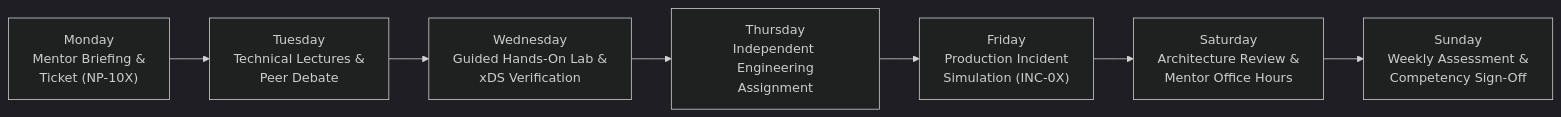
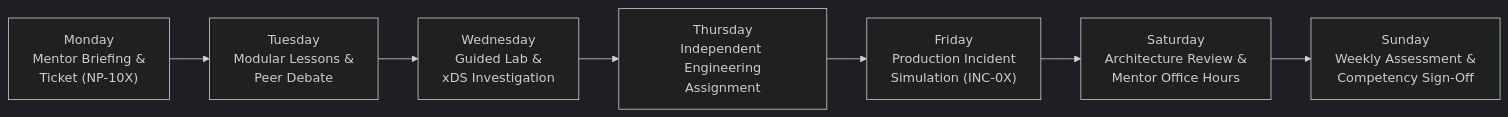
One commit to chan3845/Istio changed the diagram in README.md. Above: the diagram before and after it, drawn with Mermaid (dark theme). The commit also changed other lines of this file and 56 other files, not shown here.

````diff
--- a/README.md
+++ b/README.md
@@ -32,9 +39,9 @@
 ```mermaid
 flowchart LR
-    Mon["Monday<br/>Mentor Briefing &<br/>Ticket (NP-10X)"] --> Tue["Tuesday<br/>Technical Lectures &<br/>Peer Debate"]
-    Tue --> Wed["Wednesday<br/>Guided Hands-On Lab &<br/>xDS Verification"]
+    Mon["Monday<br/>Mentor Briefing &<br/>Ticket (NP-10X)"] --> Tue["Tuesday<br/>Modular Lessons &<br/>Peer Debate"]
+    Tue --> Wed["Wednesday<br/>Guided Lab &<br/>xDS Investigation"]
     Wed --> Thu["Thursday<br/>Independent Engineering<br/>Assignment"]
     Thu --> Fri["Friday<br/>Production Incident<br/>Simulation (INC-0X)"]
     Fri --> Sat["Saturday<br/>Architecture Review &<br/>Mentor Office Hours"]
     Sat --> Sun["Sunday<br/>Weekly Assessment &<br/>Competency Sign-Off"]
 ```
````
